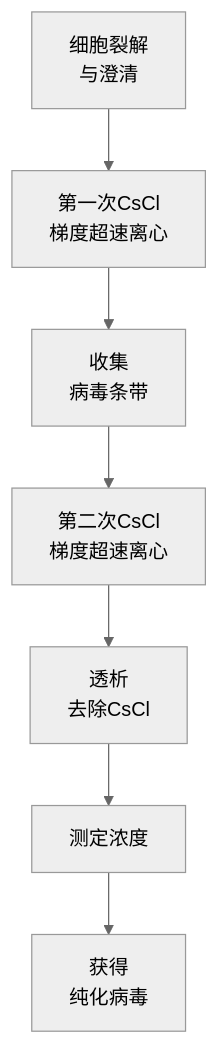
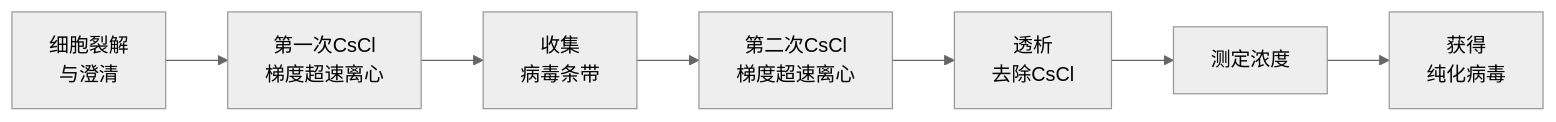
The first of 3 diagrams in 生物分离工程/展示.md (Raymon-Lyu/Veterinary-Medicine), drawn with Mermaid (neutral theme) before and after one commit. The commit also changed other lines of this file and 1 other file, not shown here.

Commit message:
vault backup: 2025-10-06 11:43:49

````diff
--- a/生物分离工程/展示.md
+++ b/生物分离工程/展示.md
@@ -41,6 +41,6 @@
 ```mermaid
-graph TD
+graph LR
     A[细胞裂解<br>与澄清] --> B[第一次CsCl<br>梯度超速离心] --> C[收集<br>病毒条带];
     C --> D[第二次CsCl<br>梯度超速离心] --> E[透析<br>去除CsCl];
     E --> F[测定浓度] --> G[获得<br>纯化病毒];
 ```
````
